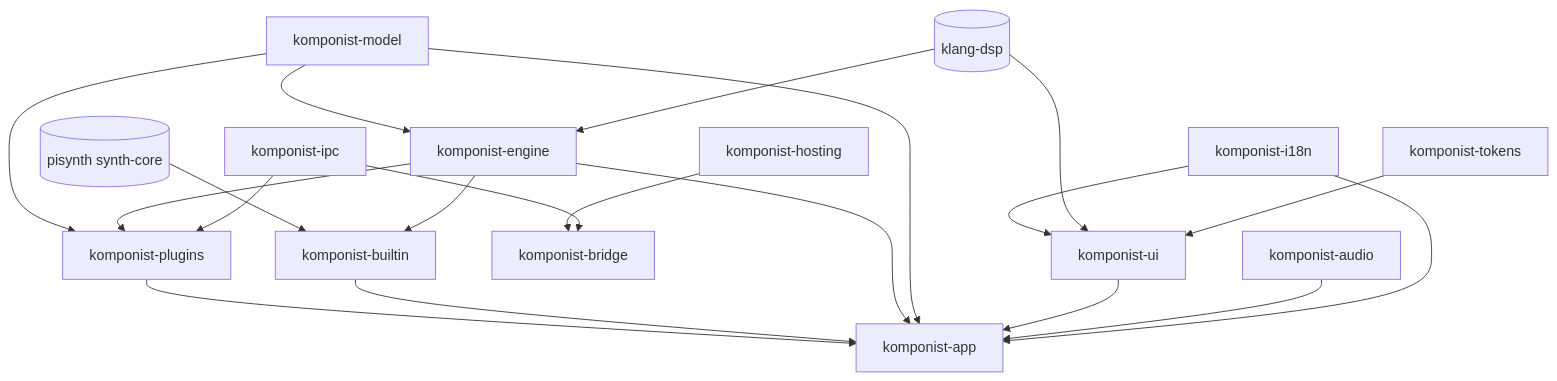
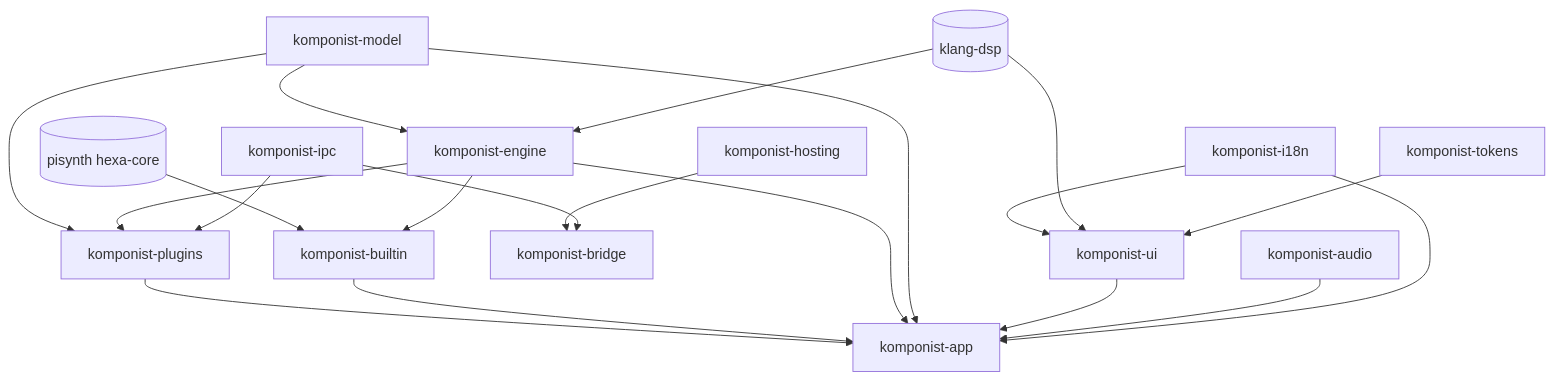
The diagram in docs/ARCHITECTURE.md (klang-studio/komponist), drawn with Mermaid before and after one commit. The commit also changed other lines of this file and 69 other files, not shown here.

First line of the commit message:
Vendor pisynth's synth-core as hexa-core

````diff
--- a/docs/ARCHITECTURE.md
+++ b/docs/ARCHITECTURE.md
@@ -167,22 +167,22 @@
 ```mermaid
 graph TD
   tokens[komponist-tokens] --> ui[komponist-ui]
   dsp[(klang-dsp)] --> ui
   dsp --> engine[komponist-engine]
   model[komponist-model] --> engine
   engine --> builtin[komponist-builtin]
-  synth[(pisynth synth-core)] --> builtin
+  synth[(pisynth hexa-core)] --> builtin
   ipc[komponist-ipc] --> bridge[komponist-bridge]
   hosting[komponist-hosting] --> bridge
   ipc --> plugins[komponist-plugins]
   engine --> plugins
   model --> plugins
   i18n[komponist-i18n] --> ui
   i18n --> app
   audio[komponist-audio] --> app[komponist-app]
   ui --> app
   model --> app
   engine --> app
   builtin --> app
   plugins --> app
 ```
````
